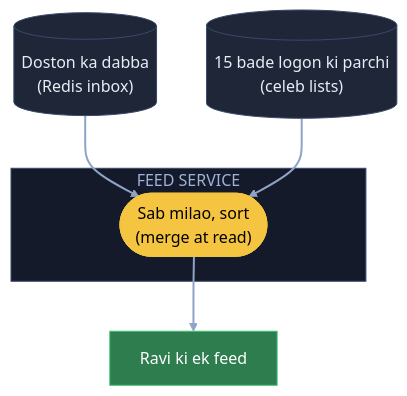
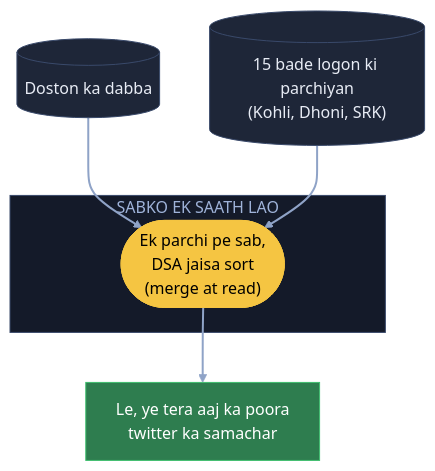
The third of 15 diagrams in 04_HLD/SYSTEM_DESIGNS/03_twitter_feed/03_twitter_feed.md (ArpanMaheshwari144/Prep), drawn with Mermaid (forest theme) before and after one commit. The commit also changed other lines of this file, not shown here.

Commit message:
Twitter: 15 diagram hand notes ke shabdon se, K1 heading + K9 line notes jaisi

````diff
--- a/04_HLD/SYSTEM_DESIGNS/03_twitter_feed/03_twitter_feed.md
+++ b/04_HLD/SYSTEM_DESIGNS/03_twitter_feed/03_twitter_feed.md
@@ -102,18 +96,18 @@
 ```mermaid
 flowchart TB
-    IN[("Doston ka dabba<br/>(Redis inbox)")]:::card
-    P[("15 bade logon ki parchi<br/>(celeb lists)")]:::card
-    subgraph FS["FEED SERVICE"]
-        M(["Sab milao, sort<br/>(merge at read)"]):::pill
+    IN[("Doston ka dabba")]:::card
+    P[("15 bade logon ki parchiyan<br/>(Kohli, Dhoni, SRK)")]:::card
+    subgraph EK["SABKO EK SAATH LAO"]
+        M(["Ek parchi pe sab,<br/>DSA jaisa sort<br/>(merge at read)"]):::pill
     end
-    R["Ravi ki ek feed"]:::good
+    R["Le, ye tera aaj ka poora<br/>twitter ka samachar"]:::good
     IN --> M
     P --> M
     M --> R
     linkStyle default stroke:#8fa3c7,stroke-width:2px
     classDef card fill:#1e2638,stroke:#3a4a6b,color:#e8ecf5
     classDef pill fill:#f5c542,stroke:#f5c542,color:#000
     classDef good fill:#2e7d4f,stroke:#3fbf6f,color:#fff
     classDef bad fill:#5c1f24,stroke:#e05561,color:#fff
-    style FS fill:#141a29,stroke:#3a4a6b,color:#9fb3d9
+    style EK fill:#141a29,stroke:#3a4a6b,color:#9fb3d9
 ```
````
